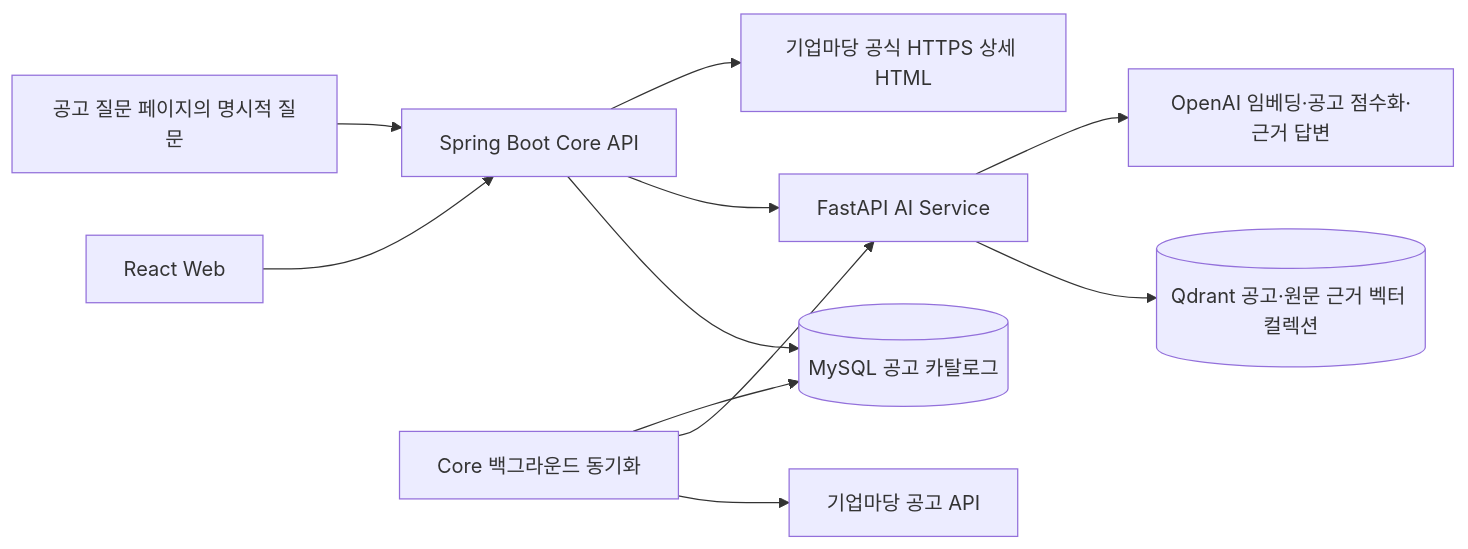
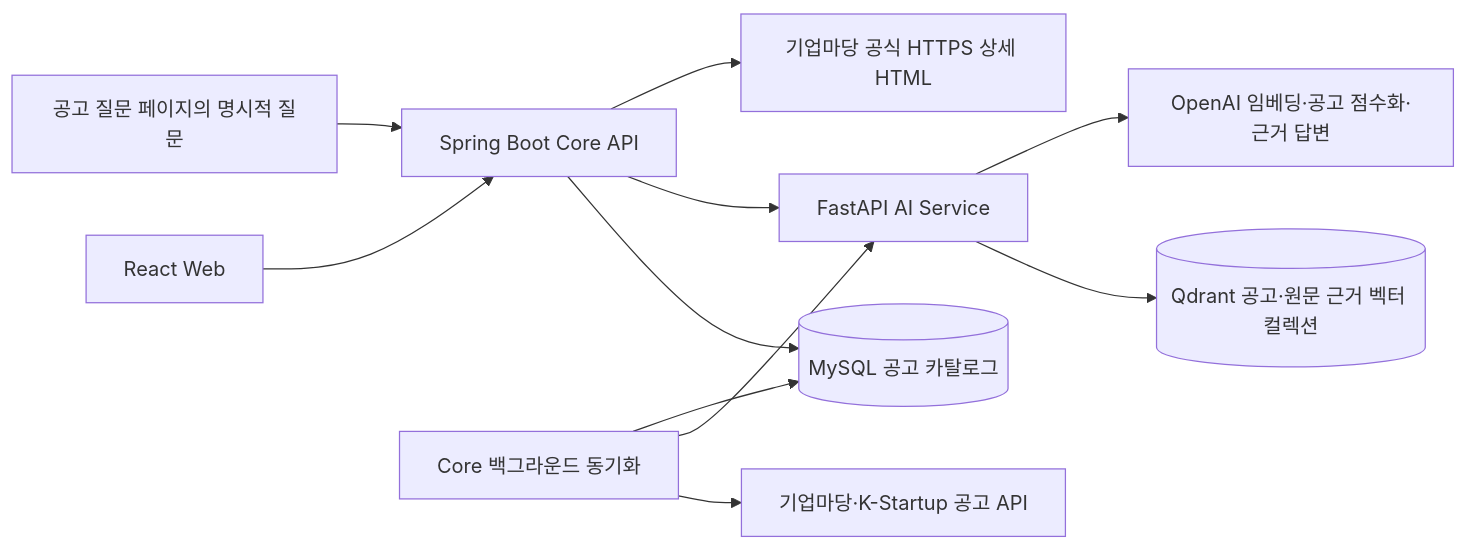
The diagram in docs/architecture/README.md (Genus-Jae/SKN34-3rd-1Team), drawn with Mermaid before and after one commit. The commit also changed 72 other files, not shown here.

````diff
--- a/docs/architecture/README.md
+++ b/docs/architecture/README.md
@@ -17,13 +17,13 @@
 ```mermaid
 flowchart LR
     Web[React Web] --> Core[Spring Boot Core API]
     Core --> DB[(MySQL 공고 카탈로그)]
     Core --> AI[FastAPI AI Service]
     AI --> Vector[(Qdrant 공고·원문 근거 벡터 컬렉션)]
     AI --> OpenAI[OpenAI 임베딩·공고 점수화·근거 답변]
-    Sync[Core 백그라운드 동기화] --> Source[기업마당 공고 API]
+    Sync[Core 백그라운드 동기화] --> Source[기업마당·K-Startup 공고 API]
     Sync --> AI
     Sync --> DB
     EvidenceQuestion[공고 질문 페이지의 명시적 질문] --> Core
     Core --> DetailSource[기업마당 공식 HTTPS 상세 HTML]
 ```
````
